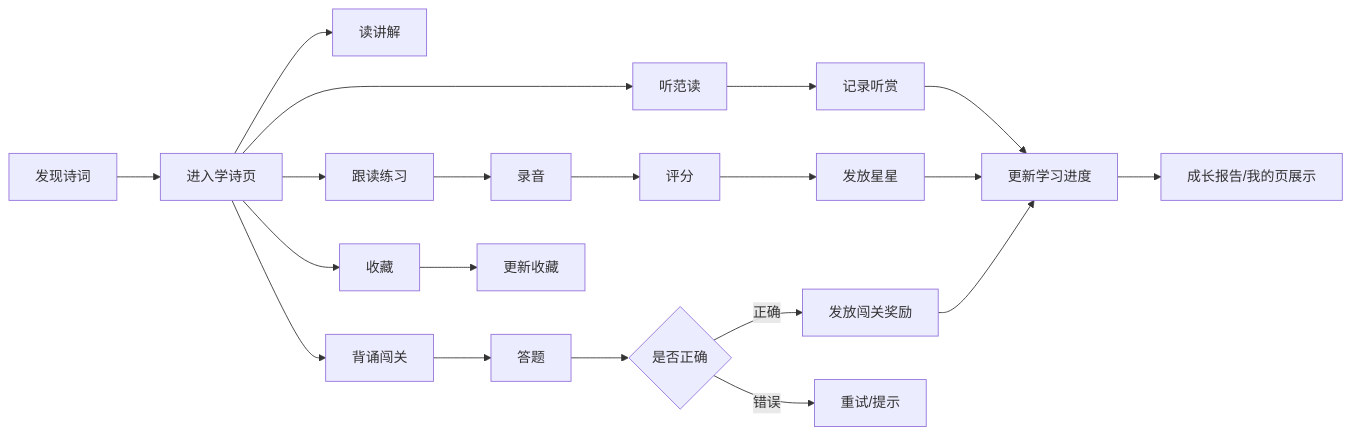
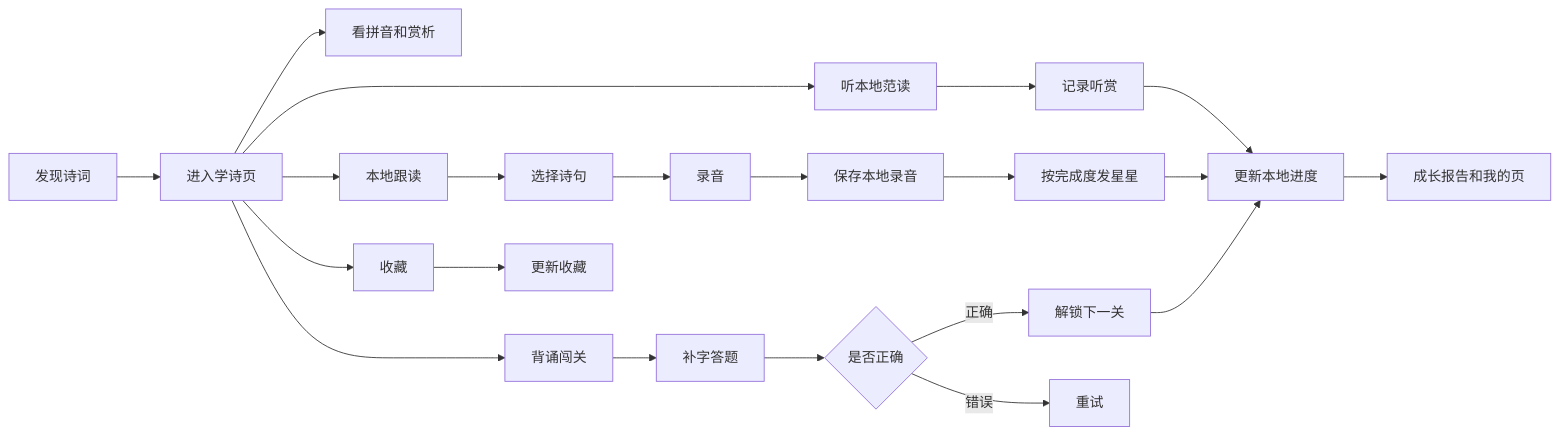
One commit to 0xdiymax/PoemBud changed the second of 5 diagrams in docs/product-flow.md. Above: the diagram before and after it, drawn with Mermaid. The commit also changed other lines of this file and 42 other files, not shown here.

````diff
--- a/docs/product-flow.md
+++ b/docs/product-flow.md
@@ -54,24 +60,25 @@
 ```mermaid
 flowchart LR
   A["发现诗词"] --> B["进入学诗页"]
-  B --> C["听范读"]
-  B --> D["读讲解"]
+  B --> C["听本地范读"]
+  B --> D["看拼音和赏析"]
   B --> E["收藏"]
-  B --> F["跟读练习"]
+  B --> F["本地跟读"]
   B --> G["背诵闯关"]
 
   C --> C1["记录听赏"]
-  F --> F1["录音"]
-  F1 --> F2["评分"]
-  F2 --> F3["发放星星"]
-  G --> G1["答题"]
+  F --> F1["选择诗句"]
+  F1 --> F2["录音"]
+  F2 --> F3["保存本地录音"]
+  F3 --> F4["按完成度发星星"]
+  G --> G1["补字答题"]
   G1 --> G2{"是否正确"}
-  G2 -->|正确| G3["发放闯关奖励"]
-  G2 -->|错误| G4["重试/提示"]
+  G2 -->|正确| G3["解锁下一关"]
+  G2 -->|错误| G4["重试"]
 
-  C1 --> H["更新学习进度"]
-  F3 --> H
+  C1 --> H["更新本地进度"]
+  F4 --> H
   G3 --> H
   E --> I["更新收藏"]
-  H --> J["成长报告/我的页展示"]
+  H --> J["成长报告和我的页"]
 ```
````
